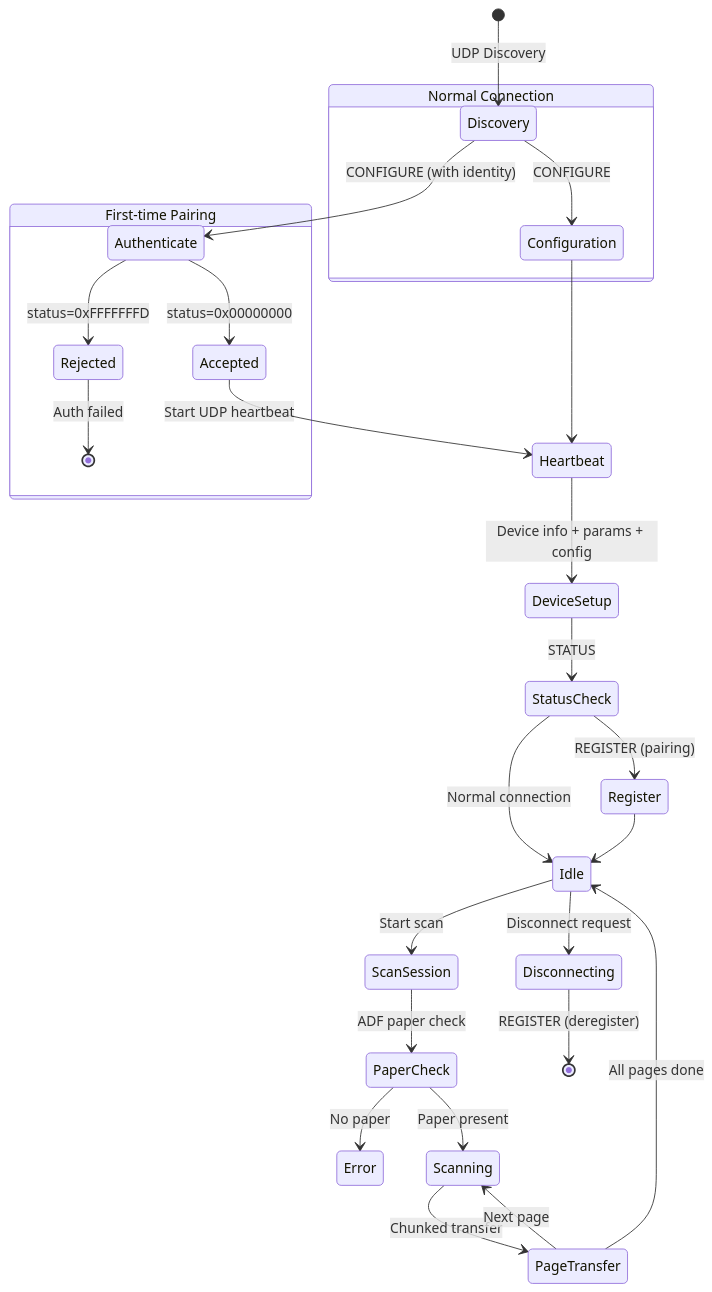
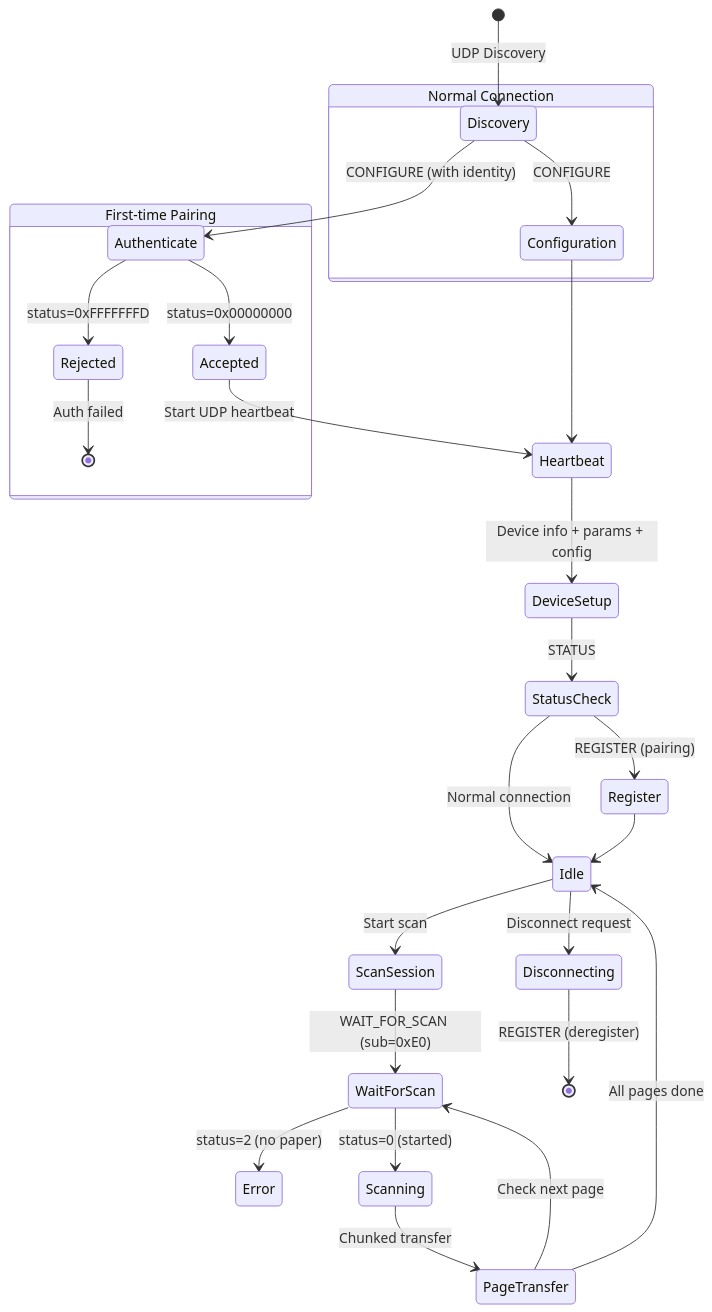
The fourth of 4 diagrams in protocol.en.md (mzyy94/AirScap), drawn with Mermaid before and after one commit. The commit also changed other lines of this file and 7 other files, not shown here.

Commit message:
Fix ADF paper presence detection and page query protocol

````diff
--- a/protocol.en.md
+++ b/protocol.en.md
@@ -810,35 +831,35 @@
 ```mermaid
 stateDiagram-v2
     [*] --> Discovery: UDP Discovery
 
     state "First-time Pairing" as Pairing {
         Discovery --> Authenticate: CONFIGURE (with identity)
         Authenticate --> Rejected: status=0xFFFFFFFD
         Rejected --> [*]: Auth failed
         Authenticate --> Accepted: status=0x00000000
     }
 
     state "Normal Connection" as Normal {
         Discovery --> Configuration: CONFIGURE
     }
 
     Accepted --> Heartbeat: Start UDP heartbeat
     Configuration --> Heartbeat
 
     Heartbeat --> DeviceSetup: Device info + params + config
     DeviceSetup --> StatusCheck: STATUS
     StatusCheck --> Register: REGISTER (pairing)
     StatusCheck --> Idle: Normal connection
     Register --> Idle
 
     Idle --> ScanSession: Start scan
-    ScanSession --> PaperCheck: ADF paper check
-    PaperCheck --> Error: No paper
-    PaperCheck --> Scanning: Paper present
+    ScanSession --> WaitForScan: WAIT_FOR_SCAN (sub=0xE0)
+    WaitForScan --> Error: status=2 (no paper)
+    WaitForScan --> Scanning: status=0 (started)
     Scanning --> PageTransfer: Chunked transfer
-    PageTransfer --> Scanning: Next page
+    PageTransfer --> WaitForScan: Check next page
     PageTransfer --> Idle: All pages done
 
     Idle --> Disconnecting: Disconnect request
     Disconnecting --> [*]: REGISTER (deregister)
 ```
````
